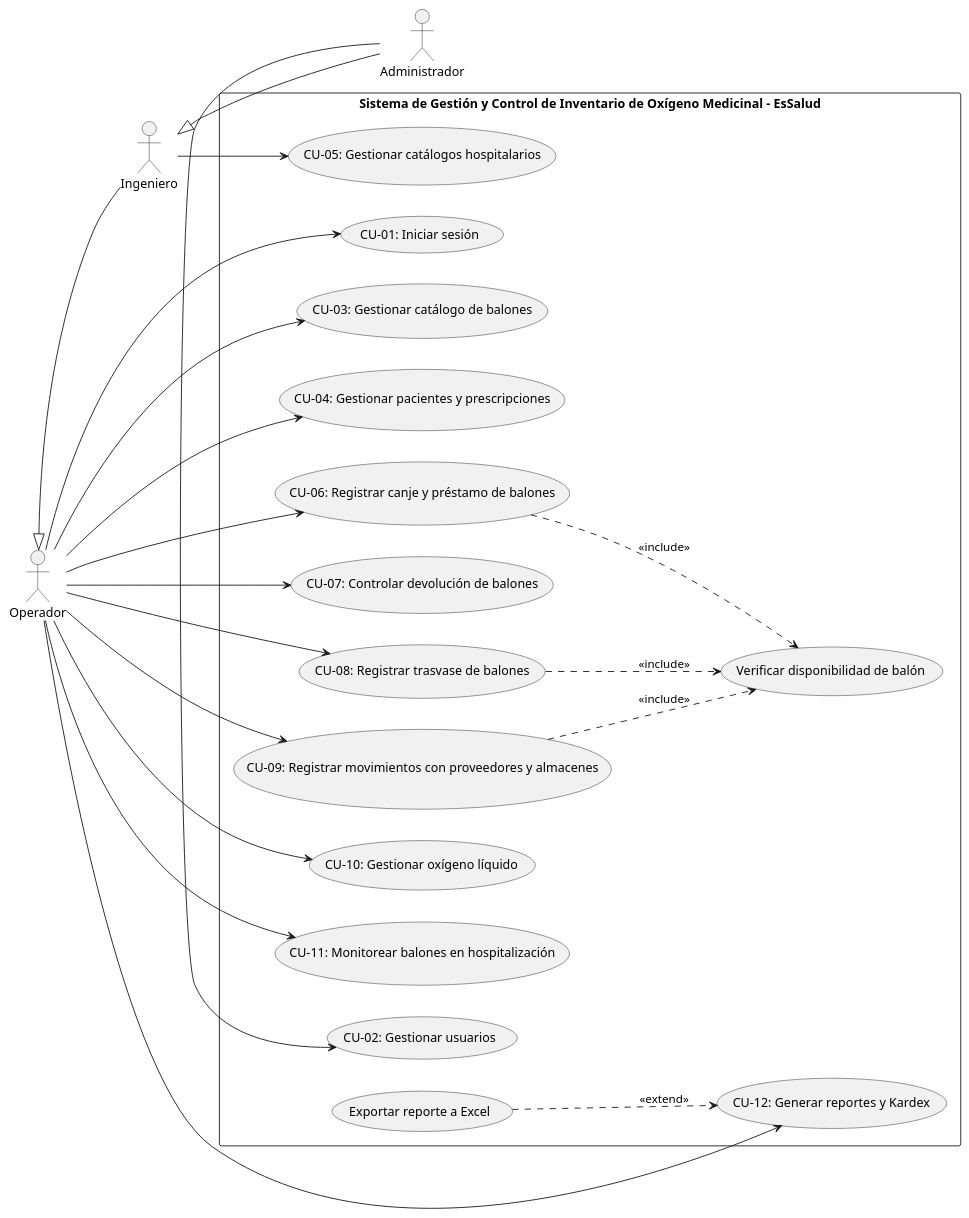
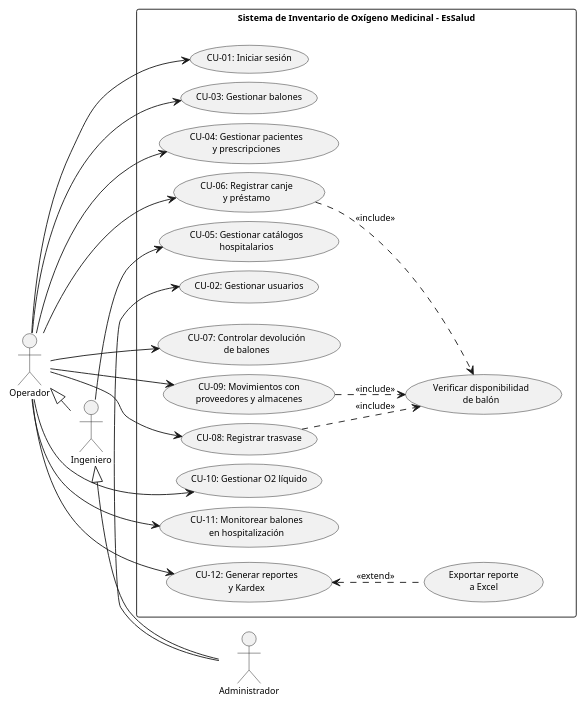
One commit to MrBombini/Gestion-de-Almacen-Essalud- changed the fourth of 7 diagrams in docs/Documentacion/PLANIFICACION_PROYECTO_3.2.md. Above: the diagram before and after it, drawn with PlantUML. The commit also changed other lines of this file and 2 other files, not shown here.

Commit message:
documentacion, diagramas

````diff
--- a/docs/Documentacion/PLANIFICACION_PROYECTO_3.2.md
+++ b/docs/Documentacion/PLANIFICACION_PROYECTO_3.2.md
@@ -673,53 +687,67 @@
 ```plantuml
 @startuml
 left to right direction
 skinparam packageStyle rectangle
 skinparam defaultFontName Arial
+skinparam defaultFontSize 10
 skinparam shadowing false
+skinparam nodesep 10
+skinparam ranksep 22
+skinparam usecase {
+    Padding 4
+}
+scale max 750 width
 
 actor "Operador" as Op
 actor "Ingeniero" as Eng
 actor "Administrador" as Admin
 
-Op <|-- Eng
-Eng <|-- Admin
+Op <|-down- Eng
+Eng <|-down- Admin
 
-rectangle "Sistema de Gestión y Control de Inventario de Oxígeno Medicinal - EsSalud" {
-    usecase "CU-01: Iniciar sesión" as CU01
-    usecase "CU-02: Gestionar usuarios" as CU02
-    usecase "CU-03: Gestionar catálogo de balones" as CU03
-    usecase "CU-04: Gestionar pacientes y prescripciones" as CU04
-    usecase "CU-05: Gestionar catálogos hospitalarios" as CU05
-    usecase "CU-06: Registrar canje y préstamo de balones" as CU06
-    usecase "CU-07: Controlar devolución de balones" as CU07
-    usecase "CU-08: Registrar trasvase de balones" as CU08
-    usecase "CU-09: Registrar movimientos con proveedores y almacenes" as CU09
-    usecase "CU-10: Gestionar oxígeno líquido" as CU10
-    usecase "CU-11: Monitorear balones en hospitalización" as CU11
-    usecase "CU-12: Generar reportes y Kardex" as CU12
+rectangle "Sistema de Inventario de Oxígeno Medicinal - EsSalud" {
+    together {
+        usecase "CU-01: Iniciar sesión" as CU01
+        usecase "CU-02: Gestionar usuarios" as CU02
+        usecase "CU-03: Gestionar balones" as CU03
+        usecase "CU-04: Gestionar pacientes\ny prescripciones" as CU04
+        usecase "CU-05: Gestionar catálogos\nhospitalarios" as CU05
+        usecase "CU-06: Registrar canje\ny préstamo" as CU06
+    }
+    together {
+        usecase "CU-07: Controlar devolución\nde balones" as CU07
+        usecase "CU-08: Registrar trasvase" as CU08
+        usecase "CU-09: Movimientos con\nproveedores y almacenes" as CU09
+        usecase "CU-10: Gestionar O2 líquido" as CU10
+        usecase "CU-11: Monitorear balones\nen hospitalización" as CU11
+        usecase "CU-12: Generar reportes\ny Kardex" as CU12
+    }
 
-    usecase "Verificar disponibilidad de balón" as CUVerif
-    usecase "Exportar reporte a Excel" as CUExcel
+    usecase "Verificar disponibilidad\nde balón" as CUVerif
+    usecase "Exportar reporte\na Excel" as CUExcel
+
+    CU01 -[hidden]right-> CU07
+    CU03 -[hidden]right-> CU08
+    CU04 -[hidden]right-> CU09
+    CU06 -[hidden]right-> CU12
 
     CU06 ..> CUVerif : <<include>>
     CU08 ..> CUVerif : <<include>>
     CU09 ..> CUVerif : <<include>>
-    CUExcel ..> CU12 : <<extend>>
+    CUExcel .up.> CU12 : <<extend>>
 }
 
 Op --> CU01
 Op --> CU03
 Op --> CU04
 Op --> CU06
 Op --> CU07
 Op --> CU08
 Op --> CU09
 Op --> CU10
 Op --> CU11
 Op --> CU12
-
 Eng --> CU05
-
 Admin --> CU02
 @enduml
 ```
````
